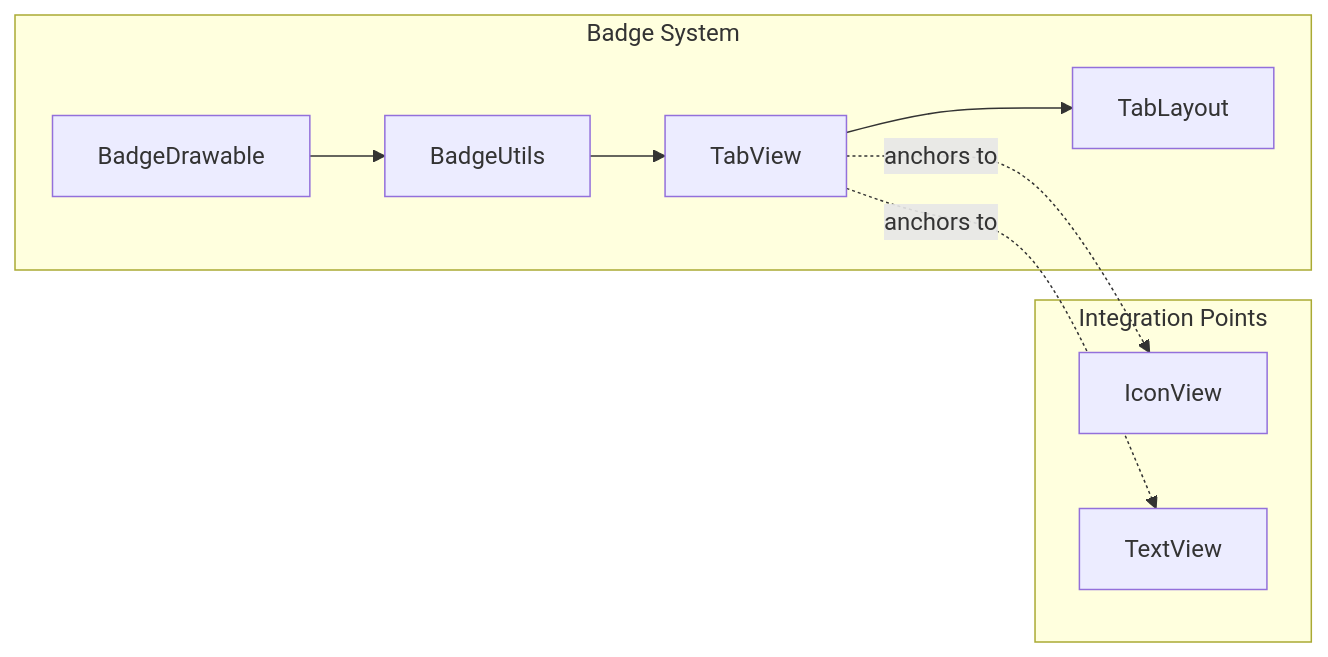
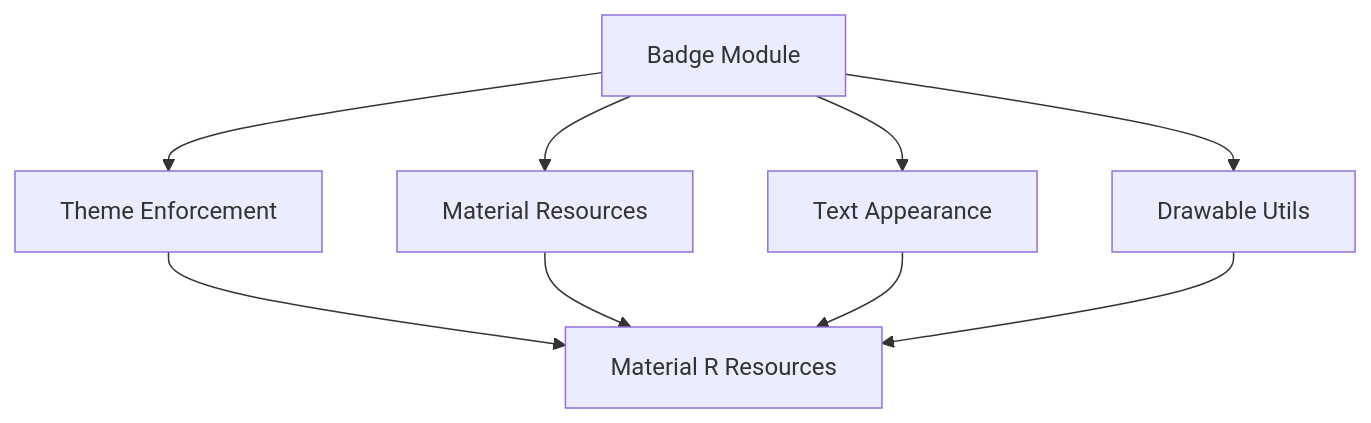
Before and after one commit to FSoft-AI4Code/codewiki-demo: the first of 5 diagrams in docs/material-components--material-components-android-docs/badge.md, drawn with Mermaid. The commit also changed other lines of this file and 1103 other files, not shown here.

````diff
--- a/docs/material-components--material-components-android-docs/badge.md
+++ b/docs/material-components--material-components-android-docs/badge.md
@@ -53,13 +40,12 @@
 ```mermaid
-graph LR
-    subgraph "Badge System"
-        BD[BadgeDrawable] --> BU[BadgeUtils]
-        BU --> TV[TabView]
-        TV --> TL[TabLayout]
-    end
+graph TD
+    Badge[Badge Module] --> ThemeEnforcement[Theme Enforcement]
+    Badge --> MaterialResources[Material Resources]
+    Badge --> TextAppearance[Text Appearance]
+    Badge --> DrawableUtils[Drawable Utils]
     
-    subgraph "Integration Points"
-        TV -.-> |"anchors to"| IC[IconView]
-        TV -.-> |"anchors to"| TX[TextView]
-    end
+    ThemeEnforcement --> R[Material R Resources]
+    MaterialResources --> R
+    TextAppearance --> R
+    DrawableUtils --> R
 ```
````
